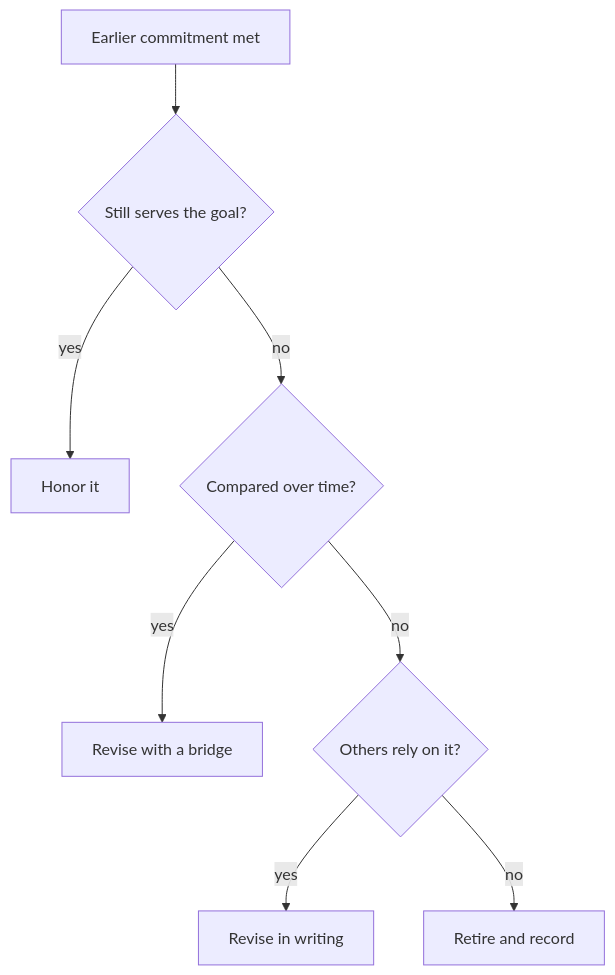
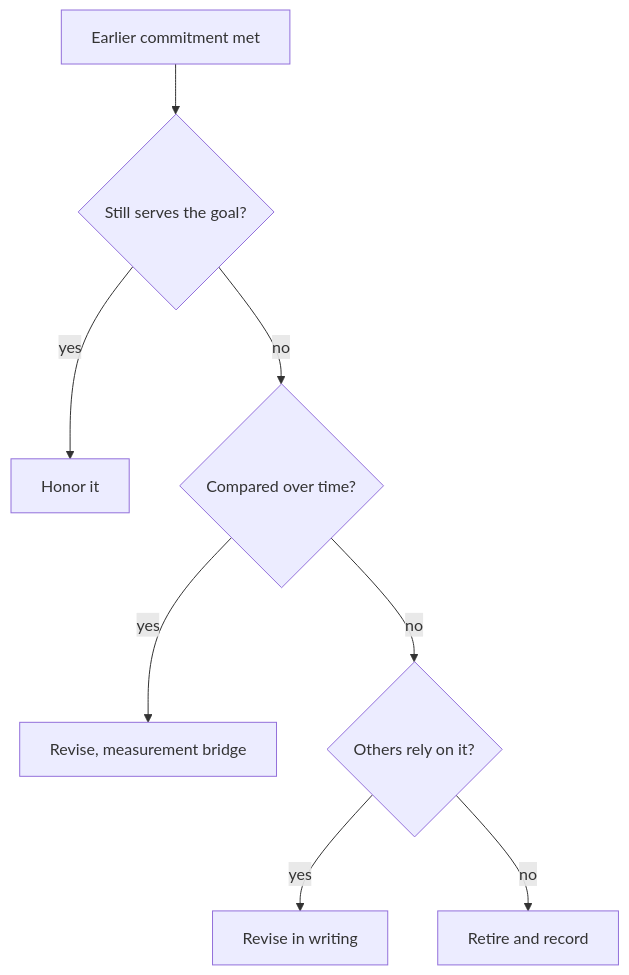
One commit to XayyamSadigov/engineering-leadership-book changed the second of 2 diagrams in docs/parts/15-capstone/60-capstone-northstar.md. Above: the diagram before and after it, drawn with Mermaid. The commit also changed other lines of this file and 159 other files, not shown here.

````diff
--- a/docs/parts/15-capstone/60-capstone-northstar.md
+++ b/docs/parts/15-capstone/60-capstone-northstar.md
@@ -212,10 +217,10 @@
 ```mermaid
 flowchart TD
     A["Earlier commitment met"] --> B{"Still serves the goal?"}
     B -->|yes| C["Honor it"]
     B -->|no| D{"Compared over time?"}
-    D -->|yes| E["Revise with a bridge"]
+    D -->|yes| E["Revise, measurement bridge"]
     D -->|no| F{"Others rely on it?"}
     F -->|yes| G["Revise in writing"]
     F -->|no| R["Retire and record"]
 ```
````
